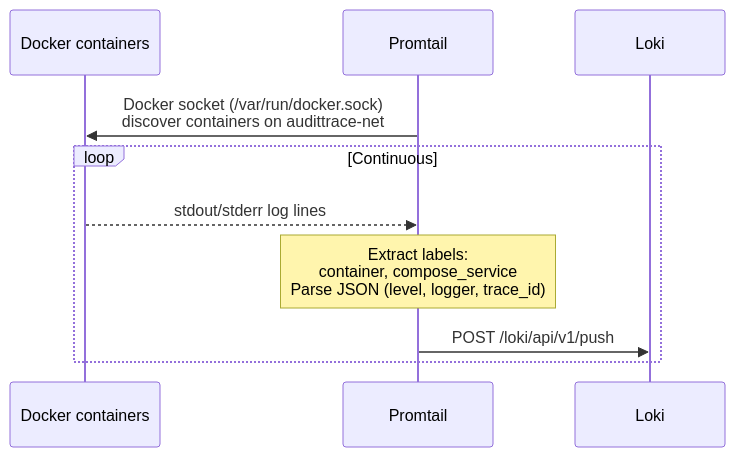
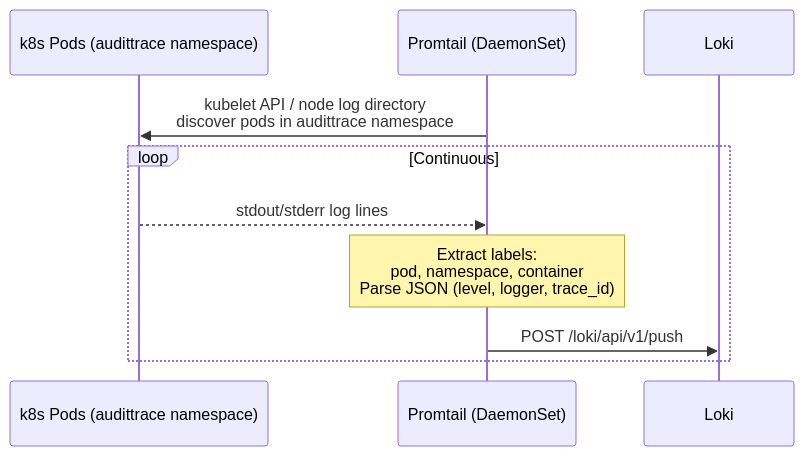
Before and after one commit to lfdesousa/AuditTrace-AI: the third of 5 diagrams in docs/architecture/sequence-observability-flow.md, drawn with Mermaid. The commit also changed other lines of this file, not shown here.

````diff
--- a/docs/architecture/sequence-observability-flow.md
+++ b/docs/architecture/sequence-observability-flow.md
@@ -44,16 +44,16 @@
 ```mermaid
 sequenceDiagram
-    participant Containers as Docker containers
-    participant Promtail as Promtail
+    participant Pods as k8s Pods (audittrace namespace)
+    participant Promtail as Promtail (DaemonSet)
     participant Loki as Loki
 
-    Promtail->>Containers: Docker socket (/var/run/docker.sock)<br/>discover containers on audittrace-net
+    Promtail->>Pods: kubelet API / node log directory<br/>discover pods in audittrace namespace
 
     loop Continuous
-        Containers-->>Promtail: stdout/stderr log lines
+        Pods-->>Promtail: stdout/stderr log lines
 
-        Note over Promtail: Extract labels:<br/>container, compose_service<br/>Parse JSON (level, logger, trace_id)
+        Note over Promtail: Extract labels:<br/>pod, namespace, container<br/>Parse JSON (level, logger, trace_id)
 
         Promtail->>Loki: POST /loki/api/v1/push
     end
 ```
````
